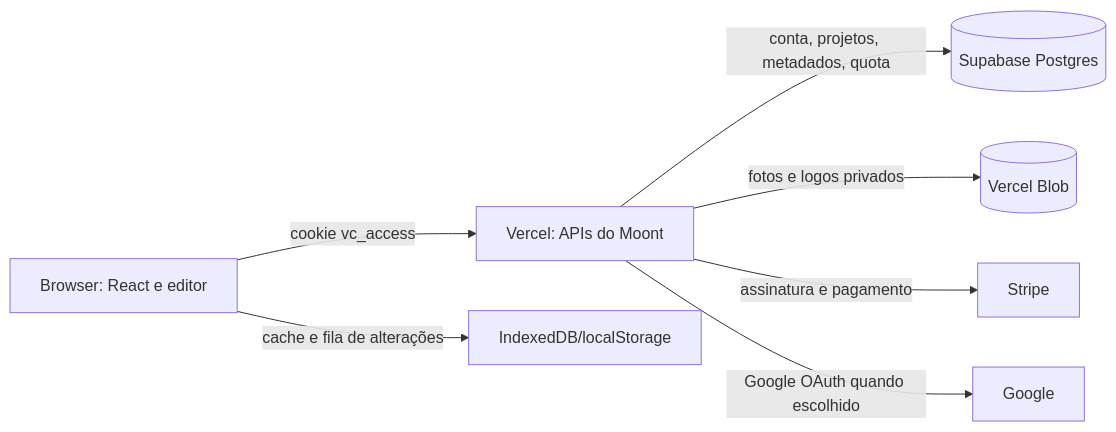
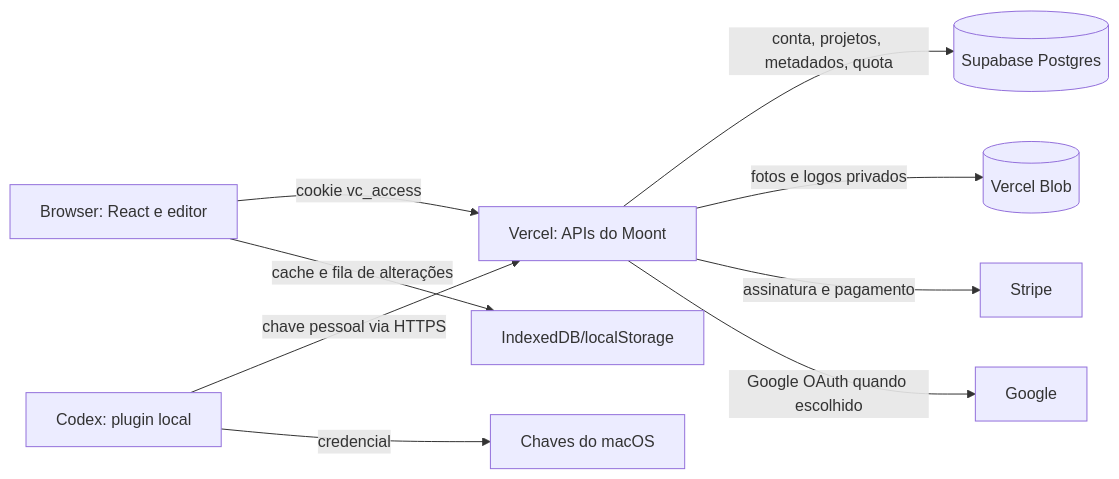
One commit to joaogabrieljobs/viral-carrossel changed the diagram in docs/moont-architecture.md. Above: the diagram before and after it, drawn with Mermaid. The commit also changed other lines of this file and 34 other files, not shown here.

Commit message:
Add Moont Codex batch visual editing plugin

````diff
--- a/docs/moont-architecture.md
+++ b/docs/moont-architecture.md
@@ -7,9 +7,11 @@
 ```mermaid
 flowchart LR
     U[Browser: React e editor] -->|cookie vc_access| API[Vercel: APIs do Moont]
+    C[Codex: plugin local] -->|chave pessoal via HTTPS| API
+    C -->|credencial| K[Chaves do macOS]
     U -->|cache e fila de alterações| IDB[IndexedDB/localStorage]
     API -->|conta, projetos, metadados, quota| PG[(Supabase Postgres)]
     API -->|fotos e logos privados| BLOB[(Vercel Blob)]
     API -->|assinatura e pagamento| STRIPE[Stripe]
     API -->|Google OAuth quando escolhido| GOOGLE[Google]
 ```
````
